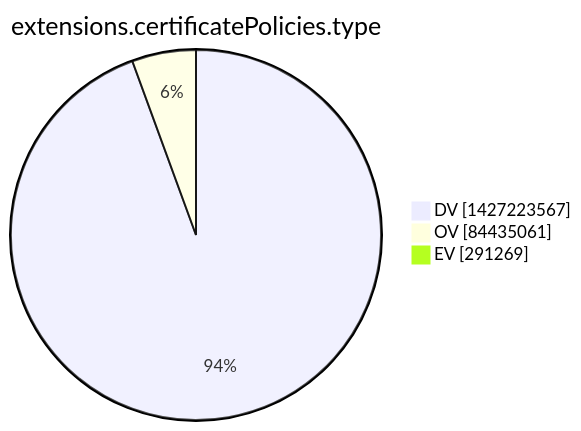
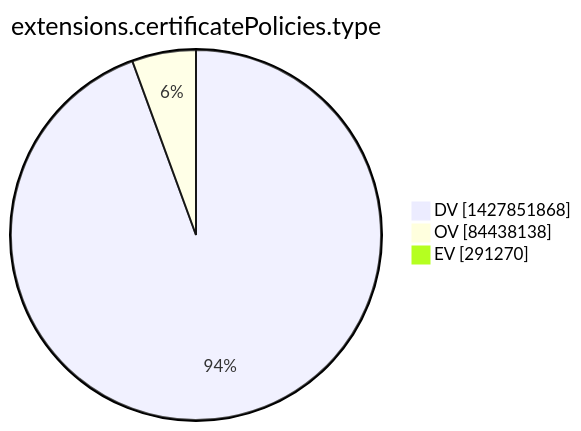
One commit to christiankrug/ctmonitor_visualization changed the tenth of 15 diagrams in argon2022/README.md. Above: the diagram before and after it, drawn with Mermaid. The commit also changed other lines of this file, not shown here.

````diff
--- a/argon2022/README.md
+++ b/argon2022/README.md
@@ -2773,7 +2773,7 @@
 ```mermaid
 pie showData
 title extensions.certificatePolicies.type
-"DV" :1427223567
-"OV" :84435061
-"EV" :291269
+"DV" :1427851868
+"OV" :84438138
+"EV" :291270
 ```
````
